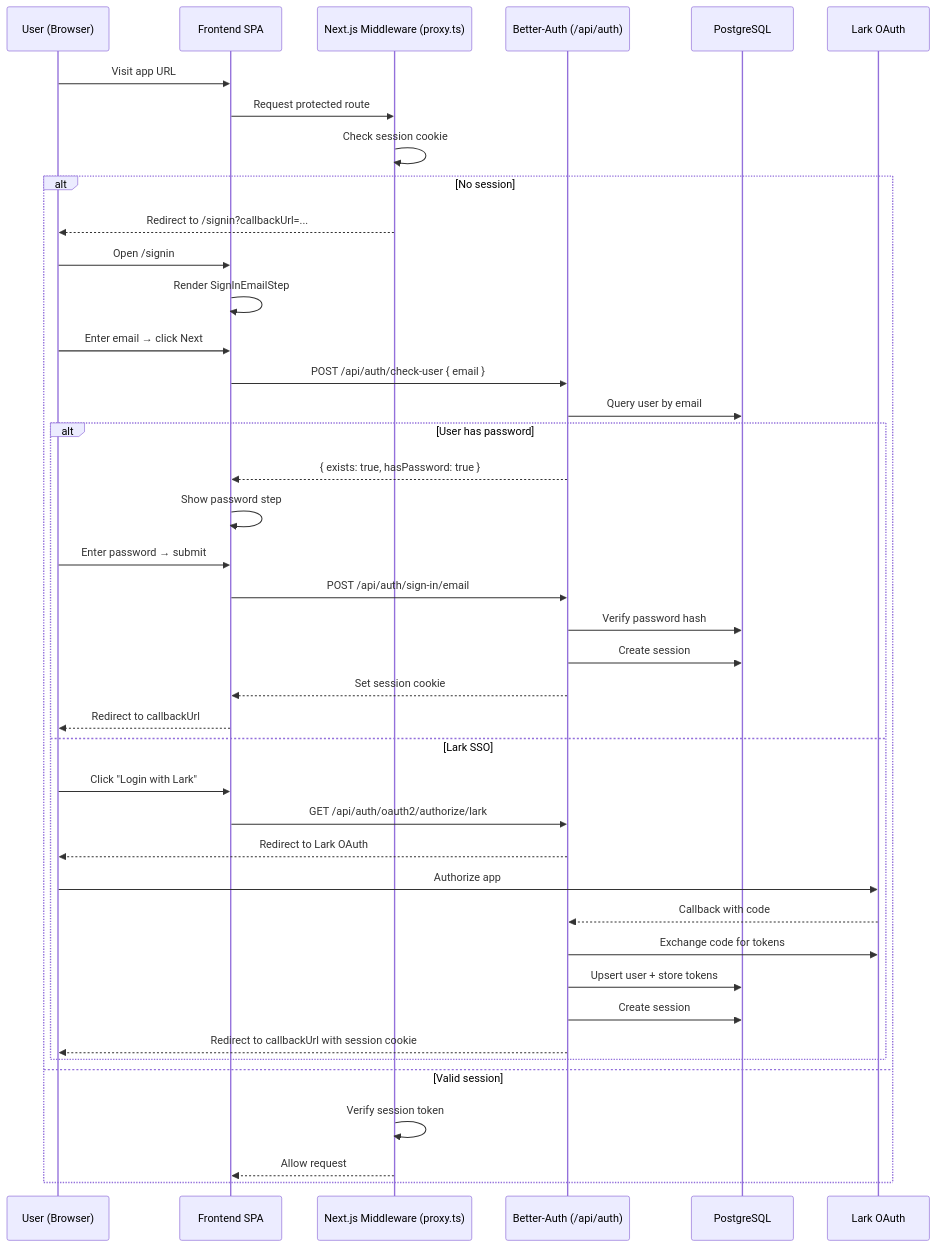
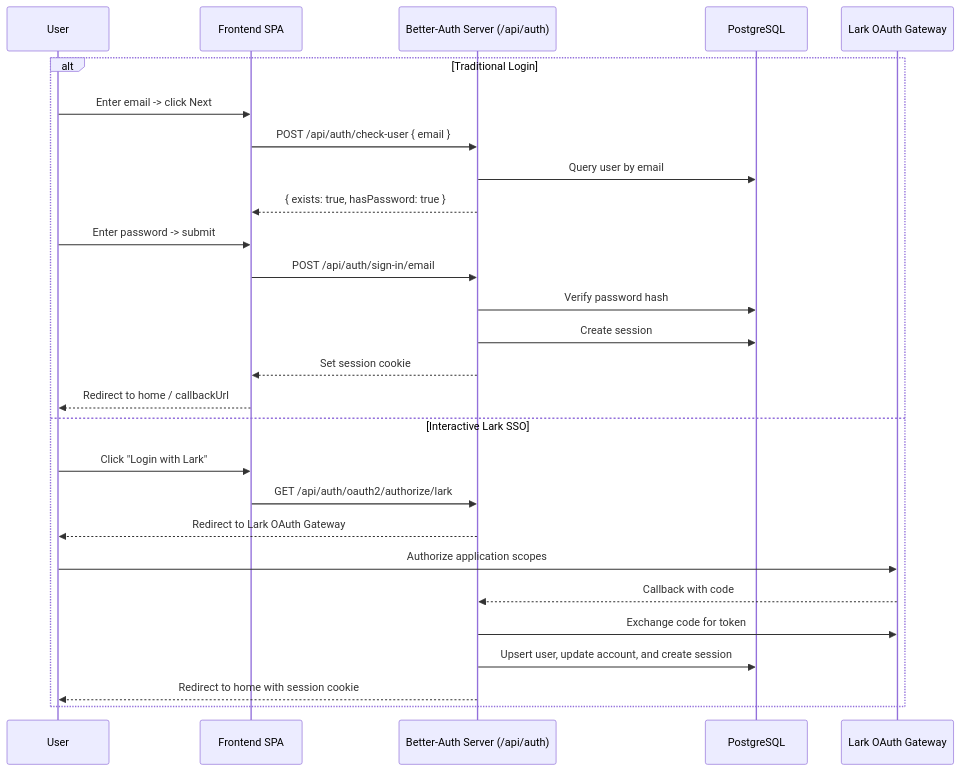
The third of 3 diagrams in .agents/diagrams/auth-flow.md (jemmia-diamond/lobehub), drawn with Mermaid before and after one commit. The commit also changed other lines of this file and 8 other files, not shown here.

````diff
--- a/.agents/diagrams/auth-flow.md
+++ b/.agents/diagrams/auth-flow.md
@@ -3,44 +83,31 @@
 ```mermaid
 sequenceDiagram
-    participant U as User (Browser)
+    participant U as User
     participant FE as Frontend SPA
-    participant MW as Next.js Middleware (proxy.ts)
-    participant BA as Better-Auth (/api/auth)
+    participant BA as Better-Auth Server (/api/auth)
     participant DB as PostgreSQL
-    participant Lark as Lark OAuth
+    participant Lark as Lark OAuth Gateway
 
-    U->>FE: Visit app URL
-    FE->>MW: Request protected route
-    MW->>MW: Check session cookie
-    alt No session
-        MW-->>U: Redirect to /signin?callbackUrl=...
-        U->>FE: Open /signin
-        FE->>FE: Render SignInEmailStep
-        U->>FE: Enter email → click Next
+    alt Traditional Login
+        U->>FE: Enter email -> click Next
         FE->>BA: POST /api/auth/check-user { email }
         BA->>DB: Query user by email
-        alt User has password
-            BA-->>FE: { exists: true, hasPassword: true }
-            FE->>FE: Show password step
-            U->>FE: Enter password → submit
-            FE->>BA: POST /api/auth/sign-in/email
-            BA->>DB: Verify password hash
-            BA->>DB: Create session
-            BA-->>FE: Set session cookie
-            FE-->>U: Redirect to callbackUrl
-        else Lark SSO
-            U->>FE: Click "Login with Lark"
-            FE->>BA: GET /api/auth/oauth2/authorize/lark
-            BA-->>U: Redirect to Lark OAuth
-            U->>Lark: Authorize app
-            Lark-->>BA: Callback with code
-            BA->>Lark: Exchange code for tokens
-            BA->>DB: Upsert user + store tokens
-            BA->>DB: Create session
-            BA-->>U: Redirect to callbackUrl with session cookie
-        end
-    else Valid session
-        MW->>MW: Verify session token
-        MW-->>FE: Allow request
+        BA-->>FE: { exists: true, hasPassword: true }
+        U->>FE: Enter password -> submit
+        FE->>BA: POST /api/auth/sign-in/email
+        BA->>DB: Verify password hash
+        BA->>DB: Create session
+        BA-->>FE: Set session cookie
+        FE-->>U: Redirect to home / callbackUrl
+
+    else Interactive Lark SSO
+        U->>FE: Click "Login with Lark"
+        FE->>BA: GET /api/auth/oauth2/authorize/lark
+        BA-->>U: Redirect to Lark OAuth Gateway
+        U->>Lark: Authorize application scopes
+        Lark-->>BA: Callback with code
+        BA->>Lark: Exchange code for token
+        BA->>DB: Upsert user, update account, and create session
+        BA-->>U: Redirect to home with session cookie
     end
 ```
````
